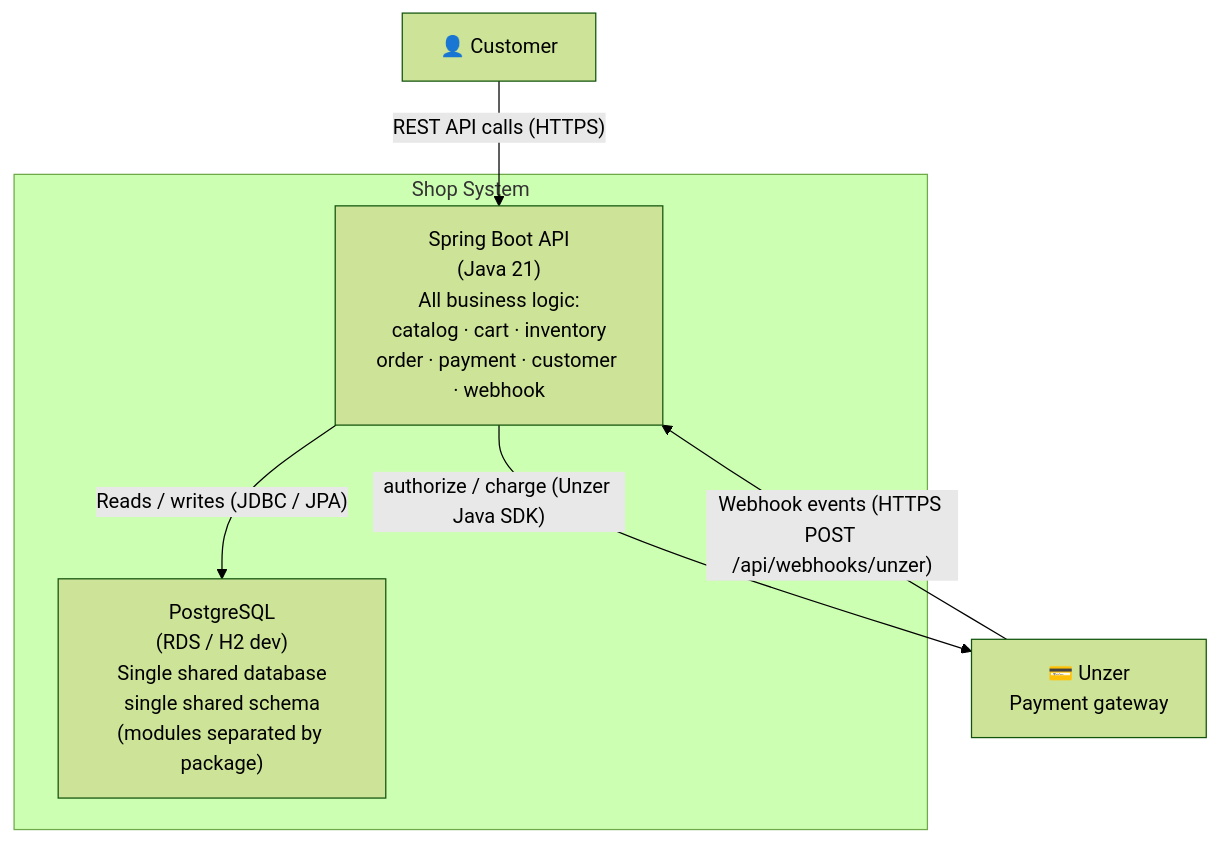
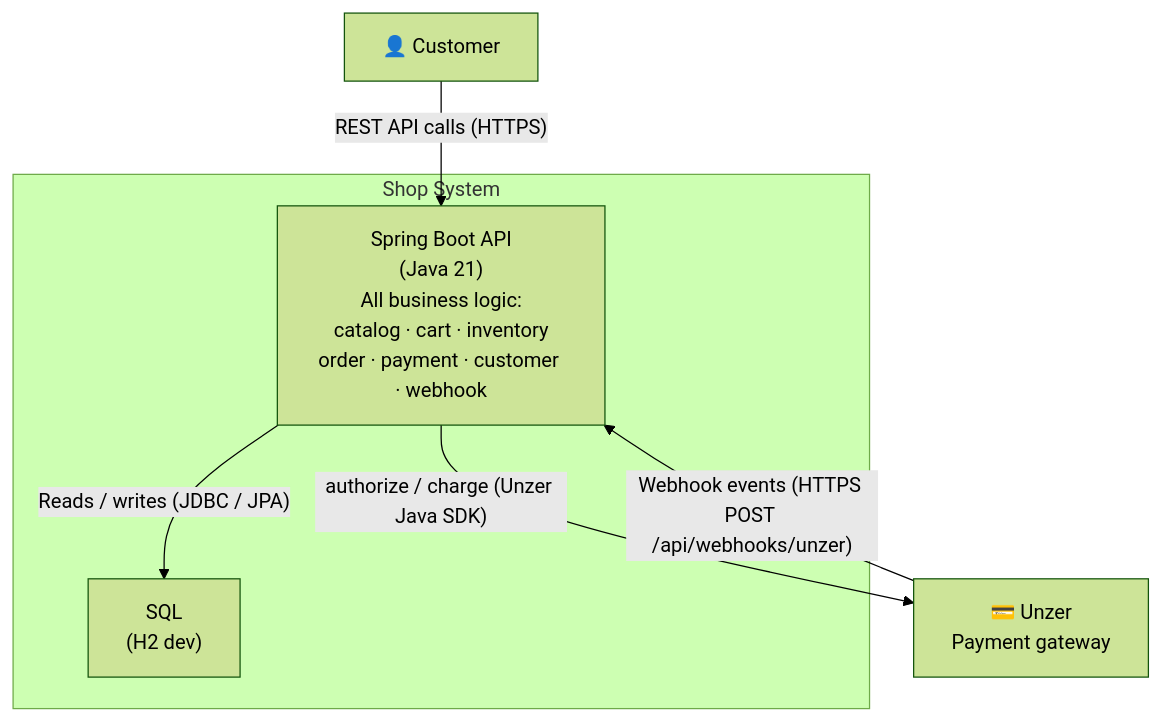
The third of 7 diagrams in architecture.md (HARrrrisoon39/Unzer-Task-Code), drawn with Mermaid (forest theme) before and after one commit. The commit also changed other lines of this file, not shown here.

````diff
--- a/architecture.md
+++ b/architecture.md
@@ -48,16 +48,16 @@
 ```mermaid
 graph TB
     Customer["👤 Customer"]
 
     subgraph shop["Shop System"]
         API["Spring Boot API\n(Java 21)\nAll business logic:\ncatalog · cart · inventory\norder · payment · customer · webhook"]
-        DB["PostgreSQL\n(RDS / H2 dev)\nSingle shared database\nsingle shared schema\n(modules separated by package)"]
+        DB["SQL\n(H2 dev)"]
     end
 
     Unzer["💳 Unzer\nPayment gateway"]
 
     Customer -->|"REST API calls (HTTPS)"| API
     API -->|"Reads / writes (JDBC / JPA)"| DB
     API -->|"authorize / charge (Unzer Java SDK)"| Unzer
     Unzer -->|"Webhook events (HTTPS POST /api/webhooks/unzer)"| API
 ```
````
